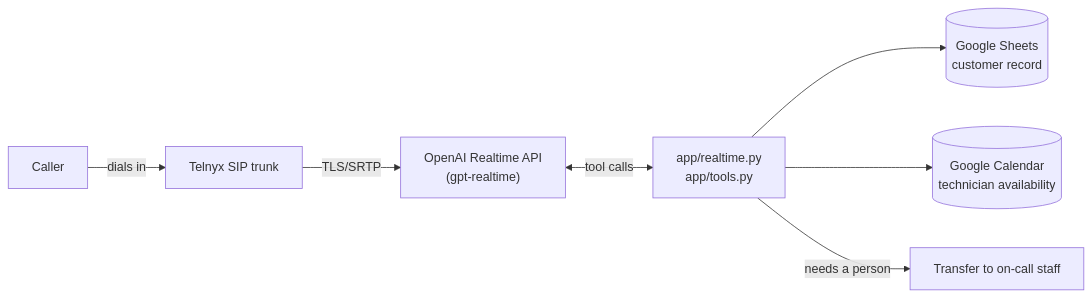
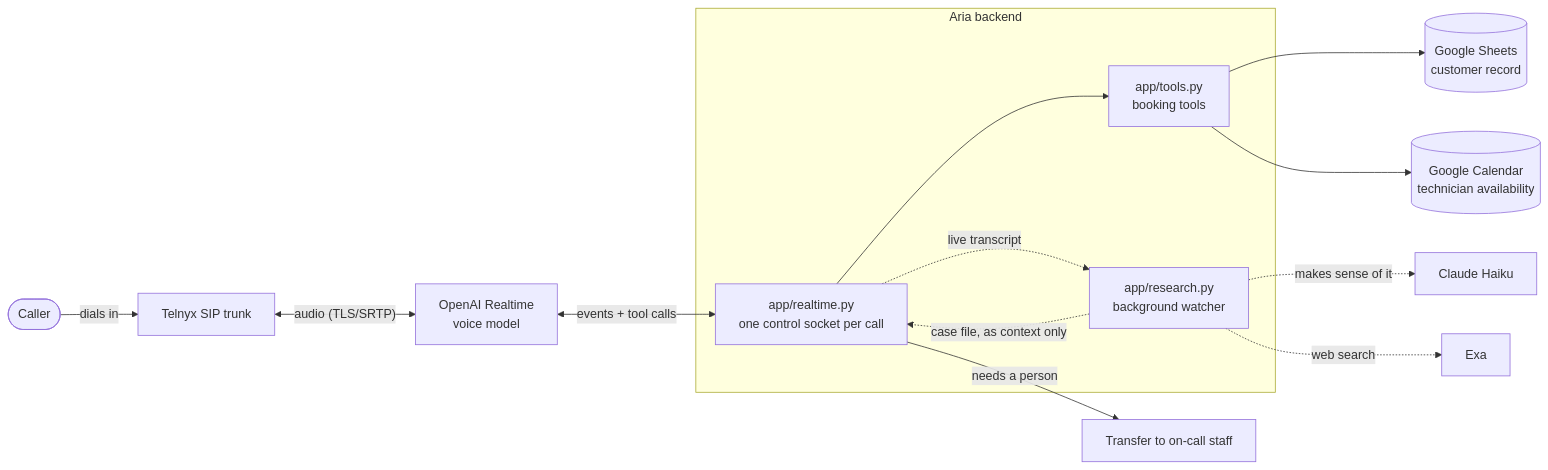
Before and after one commit to sinmi-hub/SummitAir: the diagram in README.md, drawn with Mermaid. The commit also changed other lines of this file and 9 other files, not shown here.

First line of the commit message:
feat: add background research with Haiku and Exa

````diff
--- a/README.md
+++ b/README.md
@@ -19,9 +23,22 @@
 ```mermaid
 flowchart LR
-  Caller -->|dials in| Telnyx[Telnyx SIP trunk]
-  Telnyx -->|TLS/SRTP| Realtime["OpenAI Realtime API<br/>(gpt-realtime)"]
-  Realtime <-->|tool calls| Backend["app/realtime.py<br/>app/tools.py"]
-  Backend --> Sheets[("Google Sheets<br/>customer record")]
-  Backend --> Calendar[("Google Calendar<br/>technician availability")]
-  Backend -->|needs a person| Human[Transfer to on-call staff]
+  Caller(["Caller"]) -->|dials in| Telnyx["Telnyx SIP trunk"]
+  Telnyx <-->|"audio (TLS/SRTP)"| Realtime["OpenAI Realtime<br/>voice model"]
+
+  subgraph Backend["Aria backend"]
+    Control["app/realtime.py<br/>one control socket per call"]
+    Tools["app/tools.py<br/>booking tools"]
+    Research["app/research.py<br/>background watcher"]
+  end
+
+  Realtime <-->|"events + tool calls"| Control
+  Control --> Tools
+  Tools --> Sheets[("Google Sheets<br/>customer record")]
+  Tools --> Calendar[("Google Calendar<br/>technician availability")]
+  Control -->|needs a person| Human["Transfer to on-call staff"]
+
+  Control -.->|live transcript| Research
+  Research -.->|makes sense of it| Haiku["Claude Haiku"]
+  Research -.->|web search| Exa["Exa"]
+  Research -.->|"case file, as context only"| Control
 ```
````
